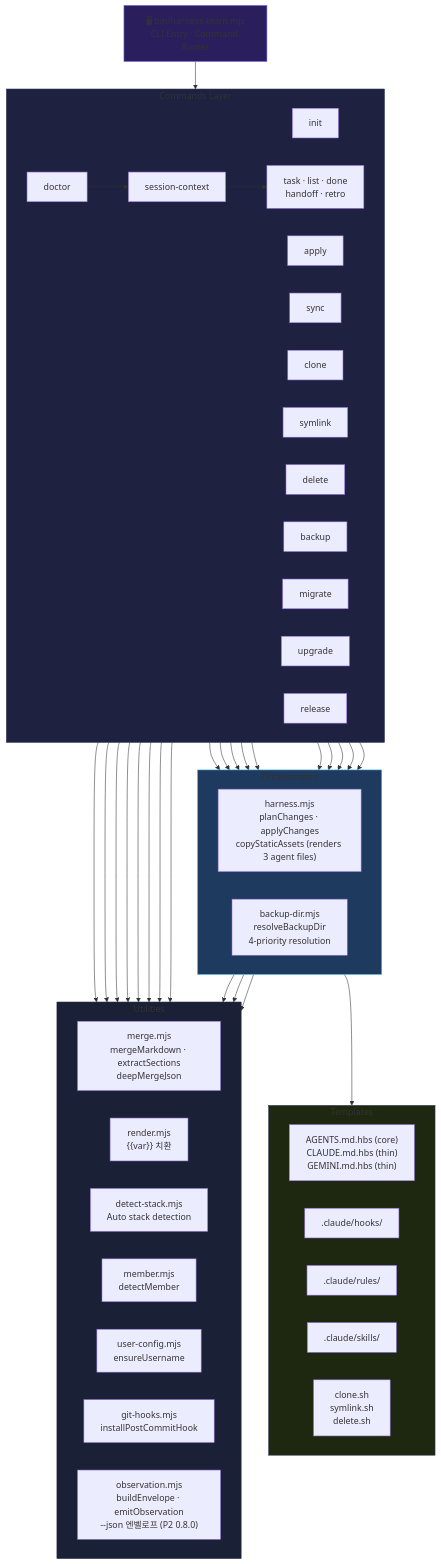
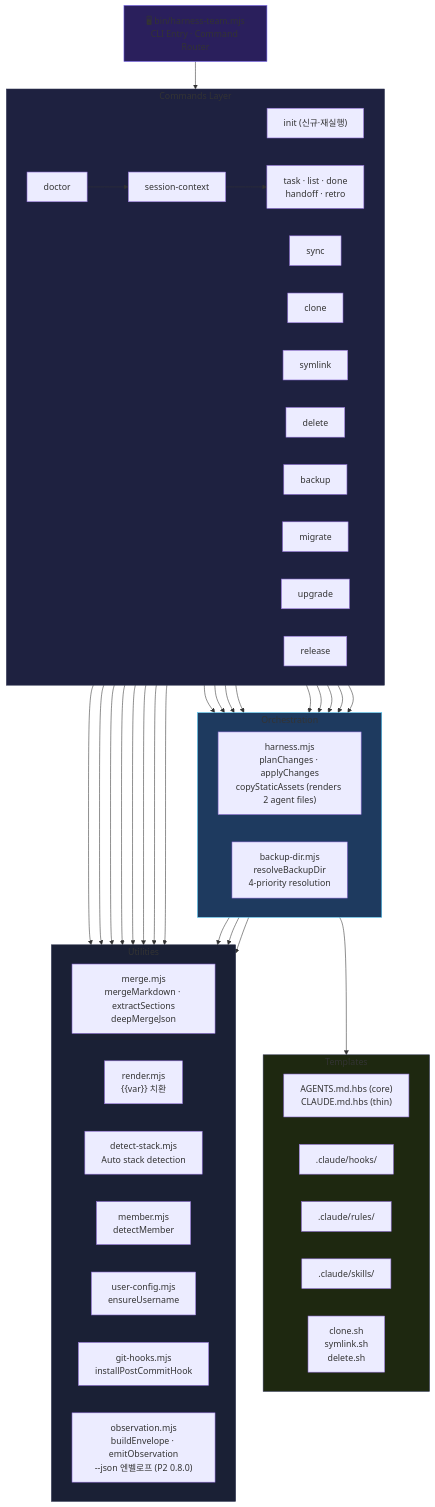
The diagram in docs/diagrams/harness-overview/architecture.mmd (bd-makers/team-harness), drawn with Mermaid before and after one commit. The commit also changed 121 other files, not shown here.

First line of the commit message:
feat!: apply 삭제·OpenCode/Gemini 멤버 제외(D7) + 2026-09-03 감사 발견 수정

```diff
--- a/docs/diagrams/harness-overview/architecture.mmd
+++ b/docs/diagrams/harness-overview/architecture.mmd
@@ -1,54 +1,54 @@
 graph TB
     BIN["🖥 bin/harness-team.mjs\nCLI Entry · Command Router"]
 
     subgraph CMDS["Commands Layer"]
         direction LR
-        INIT["init"] & APPLY["apply"] & SYNC["sync"]
+        INIT["init (신규·재실행)"] & SYNC["sync"]
         CLONE["clone"] & SYM["symlink"] & DEL["delete"] & BACKUP["backup"]
         DOCTOR["doctor"] & TASK["task · list · done\nhandoff · retro"] & SESS["session-context"]
         MIG["migrate"] & UPG["upgrade"] & REL["release"]
     end
 
     subgraph ORCH["Orchestration"]
         direction LR
-        HARNESS["harness.mjs\nplanChanges · applyChanges\ncopyStaticAssets (renders 3 agent files)"]
+        HARNESS["harness.mjs\nplanChanges · applyChanges\ncopyStaticAssets (renders 2 agent files)"]
         BACKUPDIR["backup-dir.mjs\nresolveBackupDir\n4-priority resolution"]
     end
 
     subgraph UTIL["Utilities"]
         direction LR
         MERGE["merge.mjs\nmergeMarkdown · extractSections\ndeepMergeJson"]
         RENDER["render.mjs\n{{var}} 치환"]
         DETECT["detect-stack.mjs\nAuto stack detection"]
         MEMBER["member.mjs\ndetectMember"]
         UCFG["user-config.mjs\nensureUsername"]
         GHOOKS["git-hooks.mjs\ninstallPostCommitHook"]
         OBS["observation.mjs\nbuildEnvelope · emitObservation\n--json 엔벨로프 (P2 0.8.0)"]
     end
 
     subgraph TMPL["Templates"]
         direction LR
-        HBS["AGENTS.md.hbs (core)\nCLAUDE.md.hbs (thin)\nGEMINI.md.hbs (thin)"]
+        HBS["AGENTS.md.hbs (core)\nCLAUDE.md.hbs (thin)"]
         HOOKS_T[".claude/hooks/"]
         RULES_T[".claude/rules/"]
         SKILLS_T[".claude/skills/"]
         SCRIPTS["clone.sh\nsymlink.sh\ndelete.sh"]
     end
 
     BIN --> CMDS
-    INIT & APPLY & SYNC --> HARNESS
+    INIT & SYNC --> HARNESS
     CLONE & SYM & DEL & BACKUP & MIG & UPG --> BACKUPDIR
     DOCTOR --> BACKUPDIR
     TASK --> MEMBER
     DOCTOR & TASK & REL --> OBS
     DOCTOR --> SESS
     SESS --> TASK
     INIT & SYNC --> UCFG & GHOOKS
     HARNESS --> MERGE & RENDER & DETECT
     HARNESS --> TMPL
 
     style CMDS fill:#1e2140,stroke:#2e3350
     style ORCH fill:#1e3a5f,stroke:#50c8f5
     style UTIL fill:#1a2035,stroke:#2e3350
     style TMPL fill:#1e2810,stroke:#2e3350
     style BIN fill:#2a1f5c,stroke:#7c6af5
```
